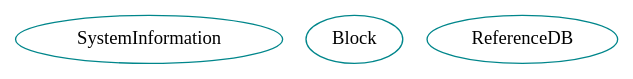
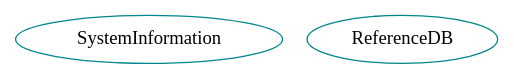
One commit to JacquesCarette/Drasil changed the diagram in analysis/ClassInstDep/packagegraphs/sysinfo.dot. Above: the diagram before and after it, drawn with Graphviz. The commit also changed 760 other files, not shown here.

```diff
--- a/analysis/ClassInstDep/packagegraphs/sysinfo.dot
+++ b/analysis/ClassInstDep/packagegraphs/sysinfo.dot
@@ -1,5 +1,4 @@
 digraph sysinfo{
 SystemInformation	[shape=oval, color=turquoise4, label="SystemInformation"];
-Block	[shape=oval, color=turquoise4, label="Block"];
 ReferenceDB	[shape=oval, color=turquoise4, label="ReferenceDB"];
 }
```
